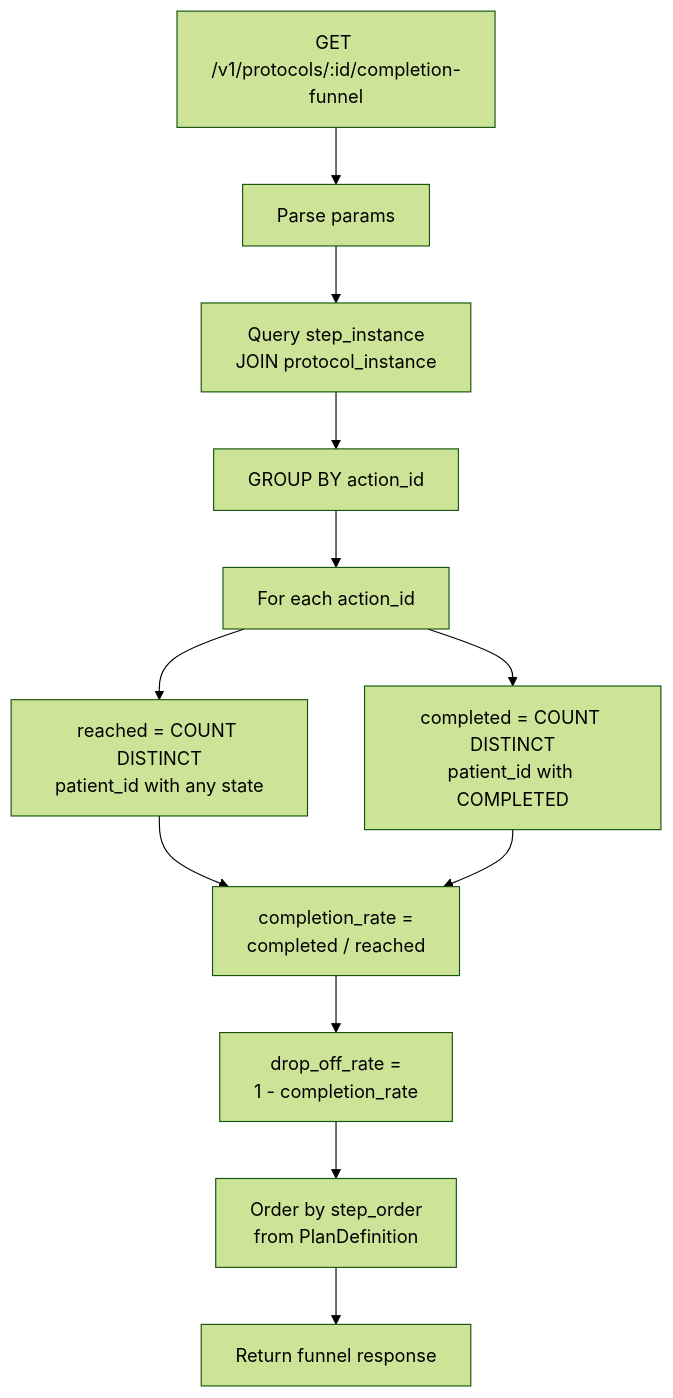
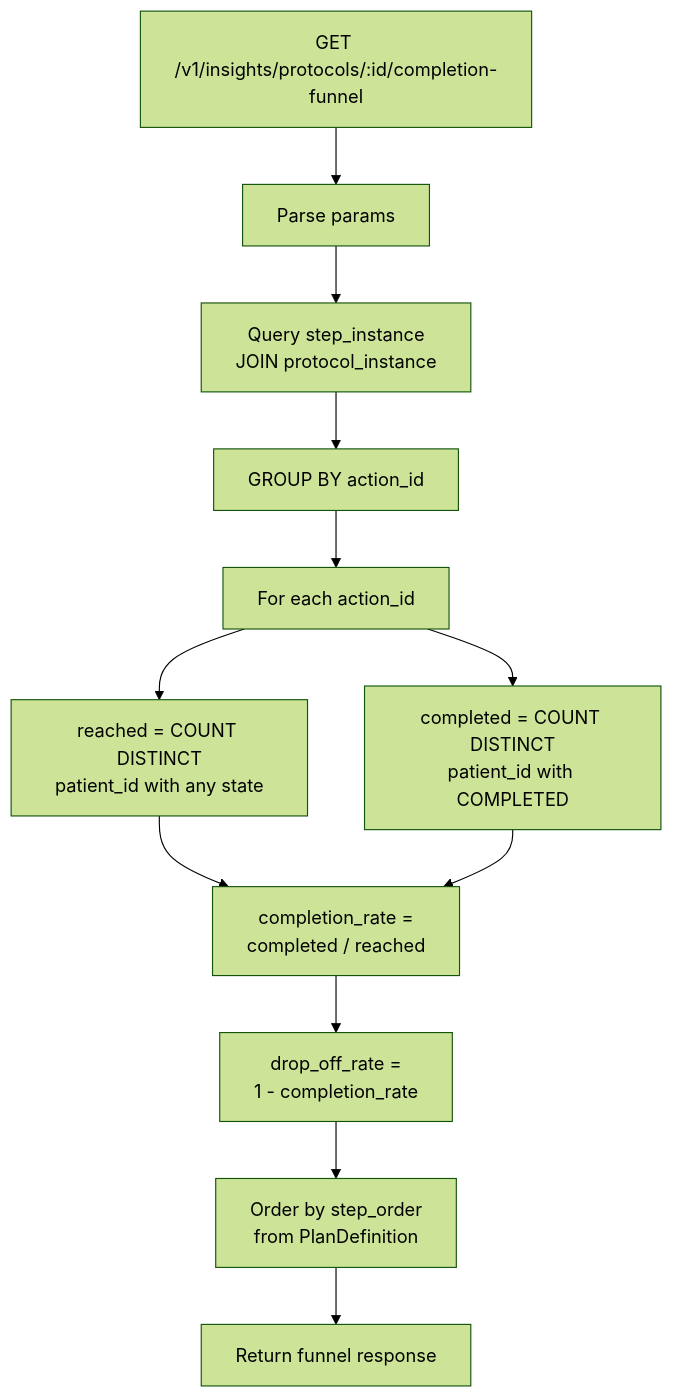
Before and after one commit to AjishaVayoli-Tarento/cce-insights-service: diagram 12 of 27 in docs/flow-diagrams.md, drawn with Mermaid (forest theme). The commit also changed other lines of this file and 27 other files, not shown here.

````diff
--- a/docs/flow-diagrams.md
+++ b/docs/flow-diagrams.md
@@ -246,17 +246,17 @@
 ```mermaid
 flowchart TD
-    A[GET /v1/protocols/:id/completion-funnel] --> B[Parse params]
+    A[GET /v1/insights/protocols/:id/completion-funnel] --> B[Parse params]
     B --> C[Query step_instance<br/>JOIN protocol_instance]
     C --> D[GROUP BY action_id]
     D --> E[For each action_id]
 
     E --> F[reached = COUNT DISTINCT<br/>patient_id with any state]
     E --> G[completed = COUNT DISTINCT<br/>patient_id with COMPLETED]
 
     F --> H["completion_rate =<br/>completed / reached"]
     G --> H
     H --> I["drop_off_rate =<br/>1 - completion_rate"]
 
     I --> J[Order by step_order<br/>from PlanDefinition]
     J --> K[Return funnel response]
 ```
````
